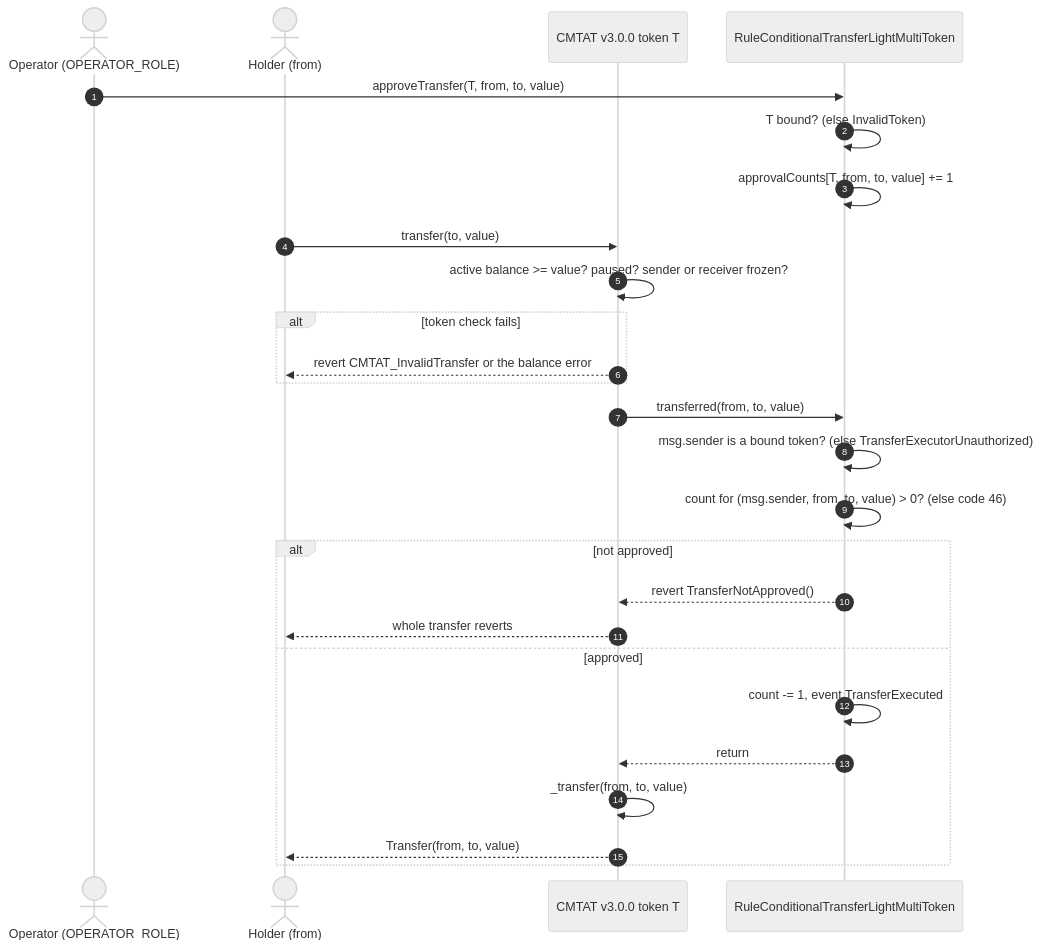
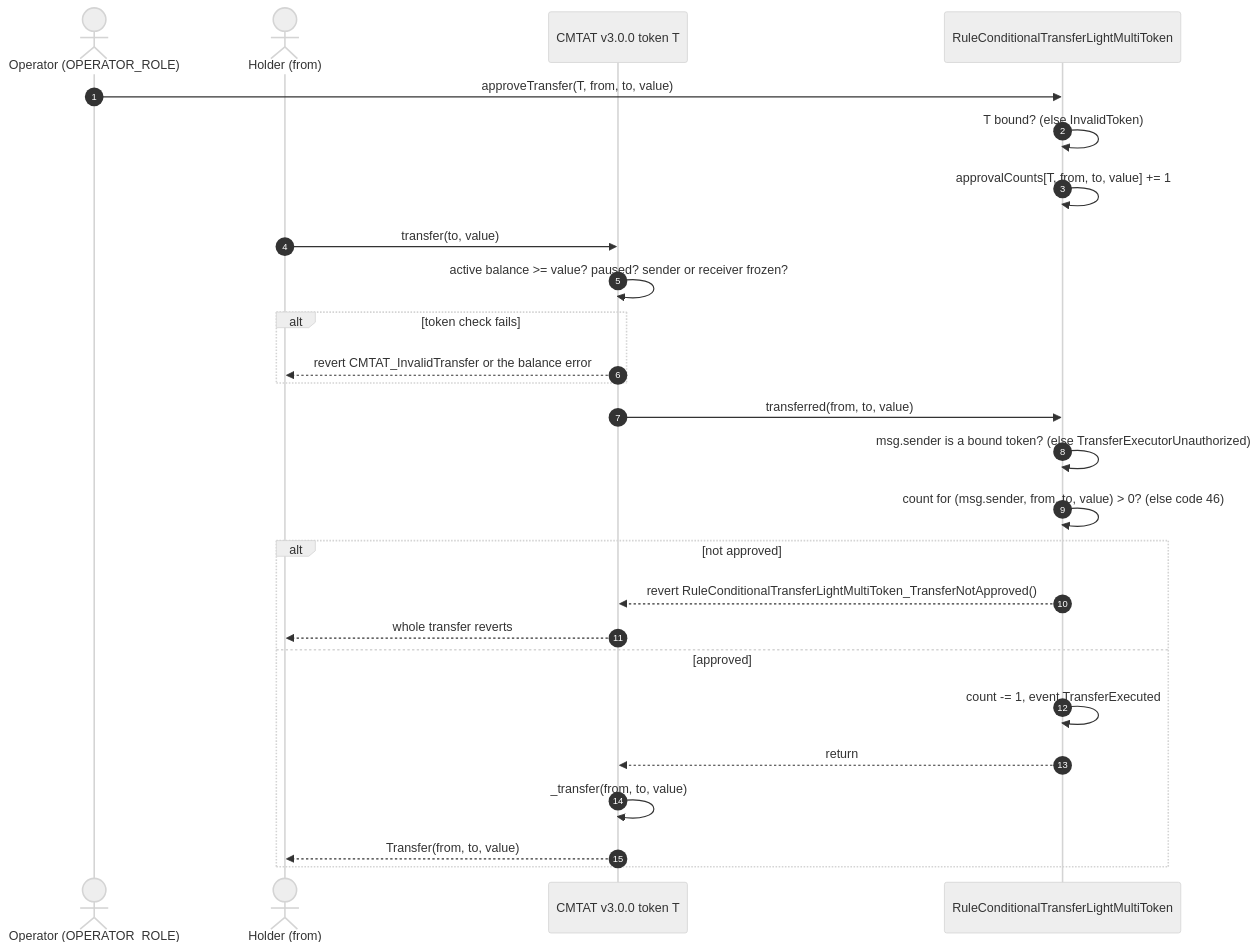
One commit to CMTA/Rules changed the fourth of 8 diagrams in doc/technical/guides/DEPLOY_RULE_CONDITIONAL_TRANSFER_LIGHT_MULTI_TOKEN_CMTAT_V3.0.0.md. Above: the diagram before and after it, drawn with Mermaid (neutral theme). The commit also changed other lines of this file and 79 other files, not shown here.

````diff
--- a/doc/technical/guides/DEPLOY_RULE_CONDITIONAL_TRANSFER_LIGHT_MULTI_TOKEN_CMTAT_V3.0.0.md
+++ b/doc/technical/guides/DEPLOY_RULE_CONDITIONAL_TRANSFER_LIGHT_MULTI_TOKEN_CMTAT_V3.0.0.md
@@ -182,29 +182,29 @@
 ```mermaid
 sequenceDiagram
     autonumber
     actor Officer as Operator (OPERATOR_ROLE)
     actor Holder as Holder (from)
     participant Token as CMTAT v3.0.0 token T
     participant Rule as RuleConditionalTransferLightMultiToken
 
     Officer->>Rule: approveTransfer(T, from, to, value)
     Rule->>Rule: T bound? (else InvalidToken)
     Rule->>Rule: approvalCounts[T, from, to, value] += 1
     Holder->>Token: transfer(to, value)
     Token->>Token: active balance >= value? paused? sender or receiver frozen?
     alt token check fails
         Token-->>Holder: revert CMTAT_InvalidTransfer or the balance error
     end
     Token->>Rule: transferred(from, to, value)
     Rule->>Rule: msg.sender is a bound token? (else TransferExecutorUnauthorized)
     Rule->>Rule: count for (msg.sender, from, to, value) > 0? (else code 46)
     alt not approved
-        Rule-->>Token: revert TransferNotApproved()
+        Rule-->>Token: revert RuleConditionalTransferLightMultiToken_TransferNotApproved()
         Token-->>Holder: whole transfer reverts
     else approved
         Rule->>Rule: count -= 1, event TransferExecuted
         Rule-->>Token: return
         Token->>Token: _transfer(from, to, value)
         Token-->>Holder: Transfer(from, to, value)
     end
 ```
````
